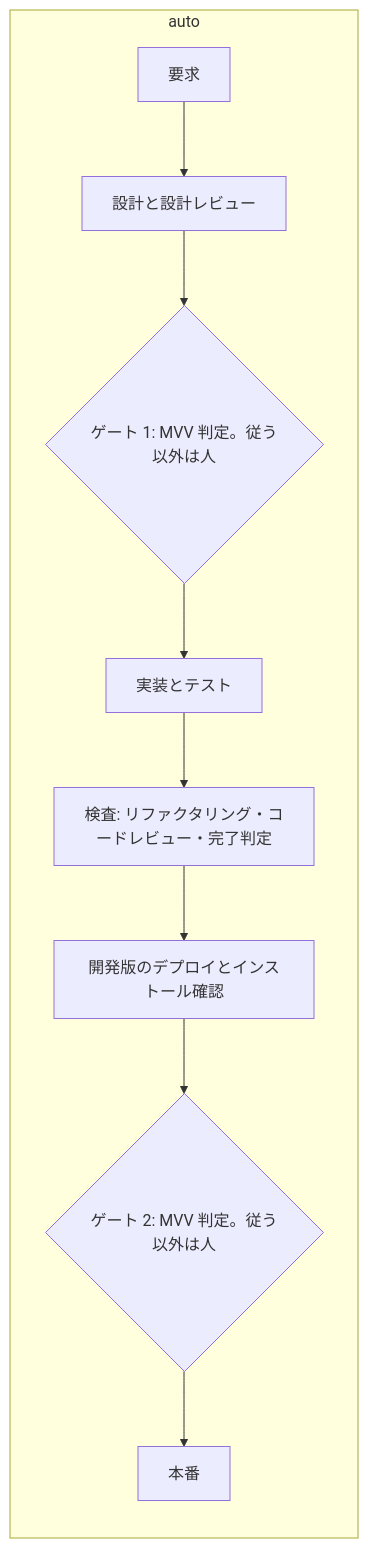
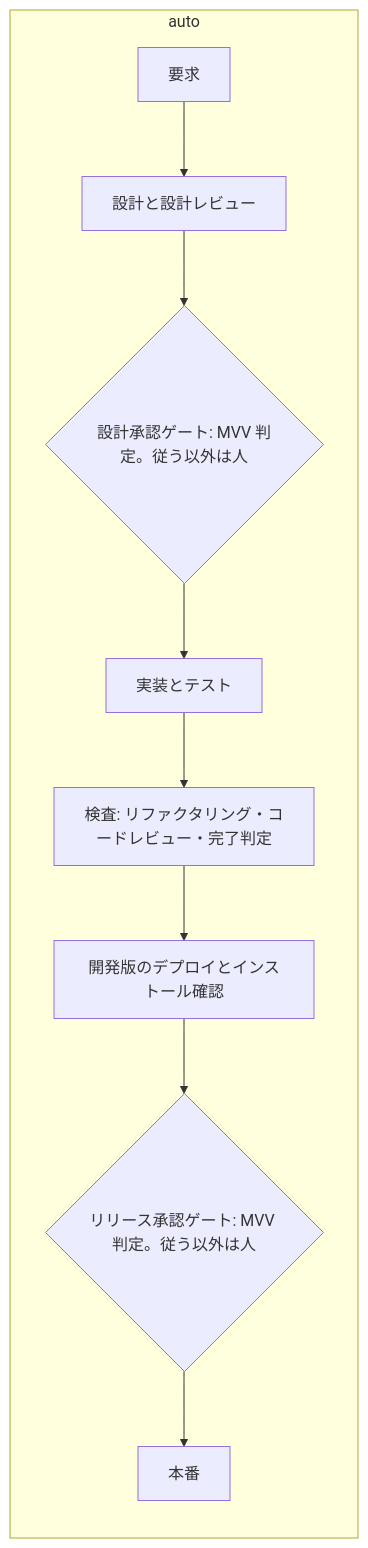
The second of 3 diagrams in plugins/ndf/skills/development-workflow/references/pace.md (devbasex/ai-plugins), drawn with Mermaid before and after one commit. The commit also changed other lines of this file and 96 other files, not shown here.

````diff
--- a/plugins/ndf/skills/development-workflow/references/pace.md
+++ b/plugins/ndf/skills/development-workflow/references/pace.md
@@ -37,8 +37,8 @@
 ```mermaid
 graph LR
     subgraph auto
-        A1[要求] --> A2[設計と設計レビュー] --> A3{ゲート 1: MVV 判定。従う以外は人}
+        A1[要求] --> A2[設計と設計レビュー] --> A3{設計承認ゲート: MVV 判定。従う以外は人}
         A3 --> A4[実装とテスト] --> A5[検査: リファクタリング・コードレビュー・完了判定]
-        A5 --> A6[開発版のデプロイとインストール確認] --> A7{ゲート 2: MVV 判定。従う以外は人} --> A8[本番]
+        A5 --> A6[開発版のデプロイとインストール確認] --> A7{リリース承認ゲート: MVV 判定。従う以外は人} --> A8[本番]
     end
 ```
````
